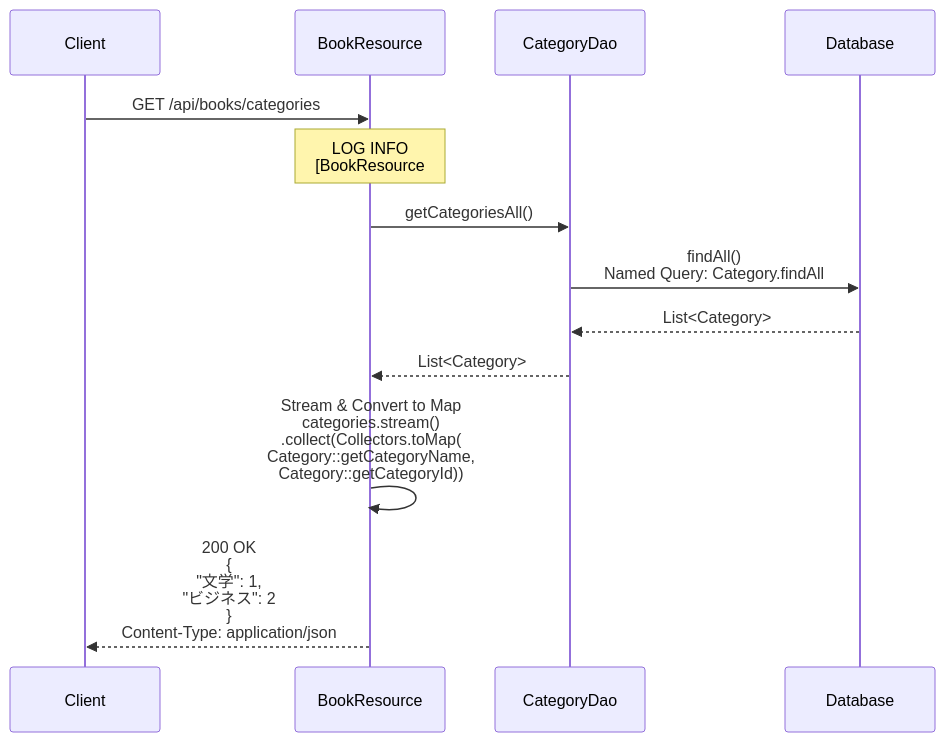
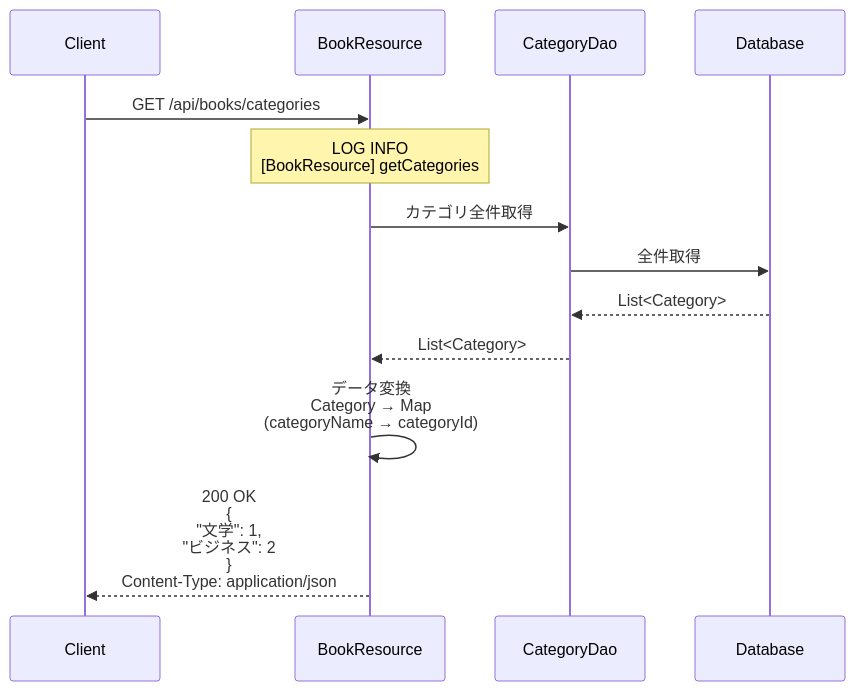
One commit to KenyaSaitoh/ai_driven_dev_202601 changed the sixth of 8 diagrams in projects/sdd/bookstore/back-office-api-sdd/specs/baseline/api/API_002_books/functional_design.md. Above: the diagram before and after it, drawn with Mermaid. The commit also changed other lines of this file and 52 other files, not shown here.

````diff
--- a/projects/sdd/bookstore/back-office-api-sdd/specs/baseline/api/API_002_books/functional_design.md
+++ b/projects/sdd/bookstore/back-office-api-sdd/specs/baseline/api/API_002_books/functional_design.md
@@ -691,18 +647,18 @@
 ```mermaid
 sequenceDiagram
     participant Client
     participant BookResource
     participant CategoryDao
     participant Database
 
     Client->>BookResource: GET /api/books/categories
-    Note over BookResource: LOG INFO<br/>[BookResource#getCategories]
-    BookResource->>CategoryDao: getCategoriesAll()
-    CategoryDao->>Database: findAll()<br/>Named Query: Category.findAll
+    Note over BookResource: LOG INFO<br/>[BookResource] getCategories
+    BookResource->>CategoryDao: カテゴリ全件取得
+    CategoryDao->>Database: 全件取得
     Database-->>CategoryDao: List<Category>
     CategoryDao-->>BookResource: List<Category>
     
-    BookResource->>BookResource: Stream & Convert to Map<br/>categories.stream()<br/>.collect(Collectors.toMap(<br/>  Category::getCategoryName,<br/>  Category::getCategoryId))
+    BookResource->>BookResource: データ変換<br/>Category → Map<br/>(categoryName → categoryId)
     
     BookResource-->>Client: 200 OK<br/>{<br/>  "文学": 1,<br/>  "ビジネス": 2<br/>}<br/>Content-Type: application/json
 ```
````
